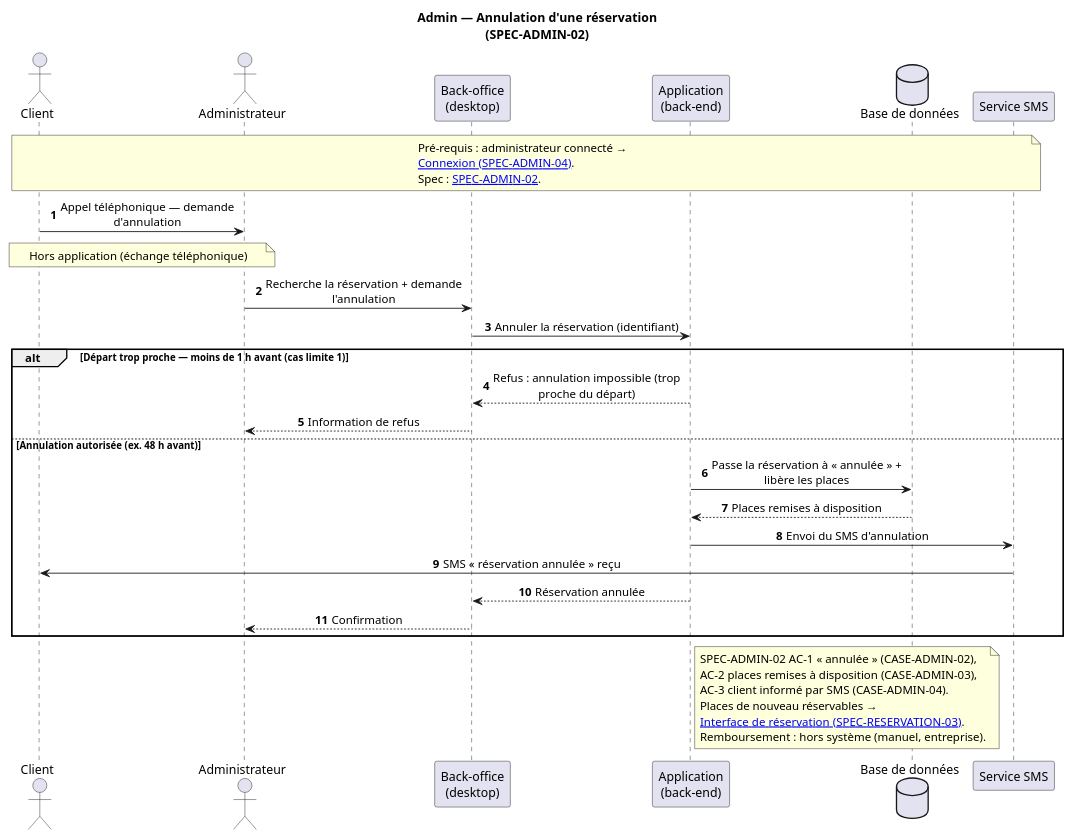
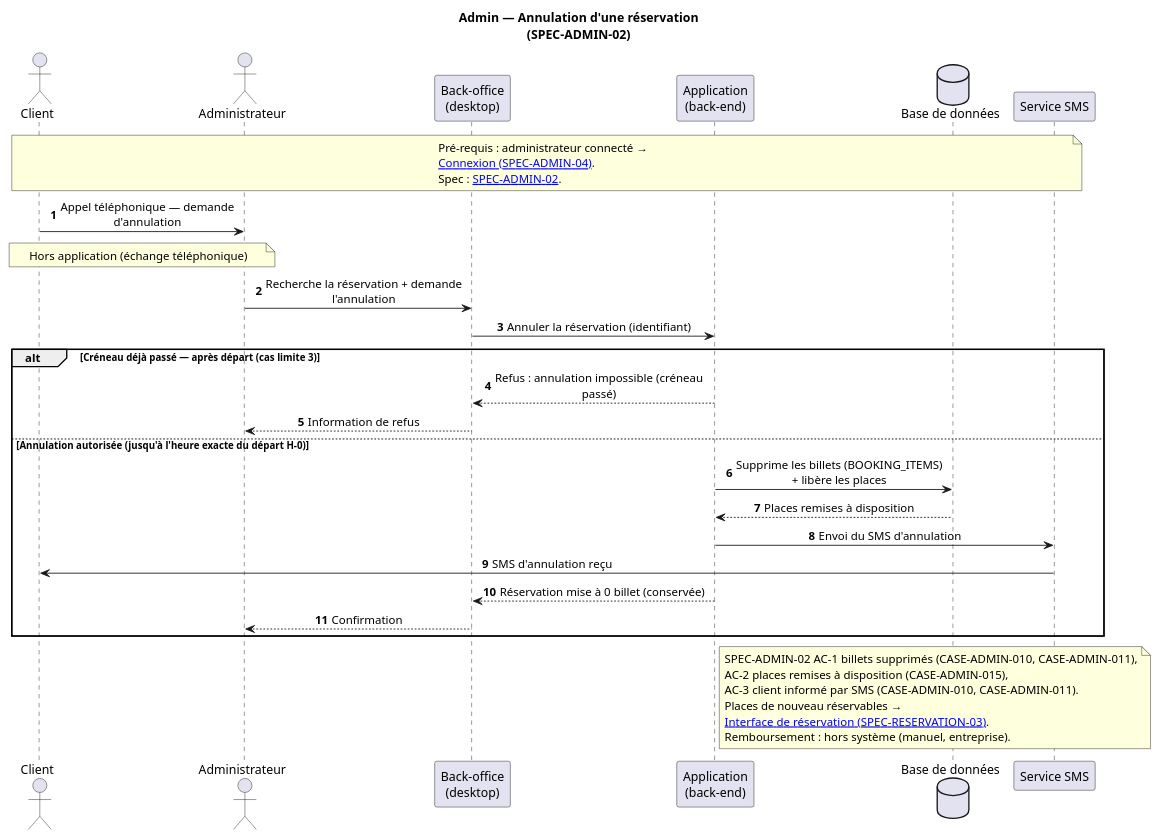
The diagram in docs/uml/sequences/admin-annulation-reservation.puml (Pinguin211/Ti_Baleine), drawn with PlantUML before and after one commit. The commit also changed 80 other files, not shown here.

Commit message:
FEAT(Test): Ajout des test case de la partie admin

```diff
--- a/docs/uml/sequences/admin-annulation-reservation.puml
+++ b/docs/uml/sequences/admin-annulation-reservation.puml
@@ -1,45 +1,45 @@
 @startuml admin-annulation-reservation
 title Admin — Annulation d'une réservation\n(SPEC-ADMIN-02)
 
 skinparam sequenceMessageAlign center
 skinparam maxMessageSize 240
 autonumber
 
 actor "Client" as Client
 actor "Administrateur" as Admin
 participant "Back-office\n(desktop)" as BO
 participant "Application\n(back-end)" as App
 database "Base de données" as BDD
 participant "Service SMS" as SMS
 
 note over Client, SMS
   Pré-requis : administrateur connecté →
   [[admin-login.svg Connexion (SPEC-ADMIN-04)]].
   Spec : [[../../../specs/admin.md SPEC-ADMIN-02]].
 end note
 
 Client -> Admin : Appel téléphonique — demande d'annulation
 note over Client, Admin : Hors application (échange téléphonique)
 Admin -> BO : Recherche la réservation + demande l'annulation
 BO -> App : Annuler la réservation (identifiant)
-alt Départ trop proche — moins de 1 h avant (cas limite 1)
-    App --> BO : Refus : annulation impossible (trop proche du départ)
+alt Créneau déjà passé — après départ (cas limite 3)
+    App --> BO : Refus : annulation impossible (créneau passé)
     BO --> Admin : Information de refus
-else Annulation autorisée (ex. 48 h avant)
-    App -> BDD : Passe la réservation à « annulée » + libère les places
+else Annulation autorisée (jusqu'à l'heure exacte du départ H-0)
+    App -> BDD : Supprime les billets (BOOKING_ITEMS) + libère les places
     BDD --> App : Places remises à disposition
     App -> SMS : Envoi du SMS d'annulation
-    SMS -> Client : SMS « réservation annulée » reçu
-    App --> BO : Réservation annulée
+    SMS -> Client : SMS d'annulation reçu
+    App --> BO : Réservation mise à 0 billet (conservée)
     BO --> Admin : Confirmation
 end
 note right of App
-  SPEC-ADMIN-02 AC-1 « annulée » (CASE-ADMIN-02),
-  AC-2 places remises à disposition (CASE-ADMIN-03),
-  AC-3 client informé par SMS (CASE-ADMIN-04).
+  SPEC-ADMIN-02 AC-1 billets supprimés (CASE-ADMIN-010, CASE-ADMIN-011),
+  AC-2 places remises à disposition (CASE-ADMIN-015),
+  AC-3 client informé par SMS (CASE-ADMIN-010, CASE-ADMIN-011).
   Places de nouveau réservables →
   [[reservation-1-consultation-a-paiement.svg Interface de réservation (SPEC-RESERVATION-03)]].
   Remboursement : hors système (manuel, entreprise).
 end note
 
 @enduml
```
